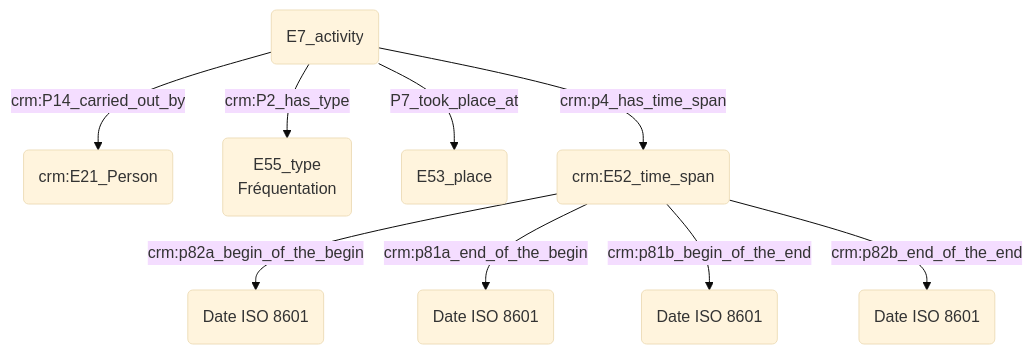
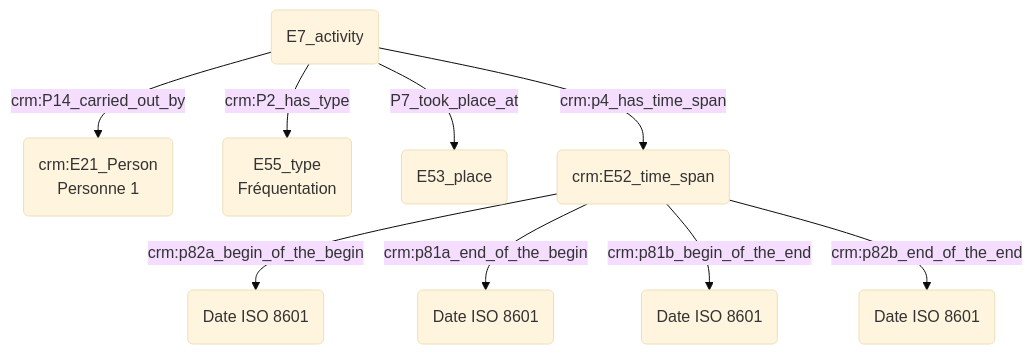
The first of 2 diagrams in modules/prosopographie/index.md (Amleth/consortium-musica2-gt2-ontologies), drawn with Mermaid (base theme) before and after one commit. The commit also changed other lines of this file, not shown here.

````diff
--- a/modules/prosopographie/index.md
+++ b/modules/prosopographie/index.md
@@ -5,16 +4,14 @@
 ```mermaid
 graph TD;
 
-B(E7_activity) -->|crm:P14_carried_out_by| A(crm:E21_Person)
+B(E7_activity) -->|crm:P14_carried_out_by| A(crm:E21_Person<br>Personne 1)
 B(E7_activity) -->|crm:P2_has_type| C(E55_type<br>Fréquentation)
 
 B(E7_activity) -->|P7_took_place_at| I(E53_place)
 
 B(E7_activity) --> |crm:p4_has_time_span| D(crm:E52_time_span)
 D(crm:E52_time_span) --> |crm:p82a_begin_of_the_begin| E("Date ISO 8601")
 D(crm:E52_time_span) --> |crm:p81a_end_of_the_begin| F("Date ISO 8601")
 D(crm:E52_time_span) --> |crm:p81b_begin_of_the_end|G("Date ISO 8601")
 D(crm:E52_time_span) --> |crm:p82b_end_of_the_end| H("Date ISO 8601")
-
-
 ```
````
